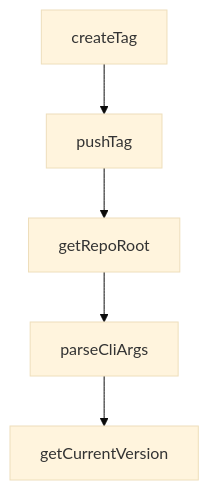
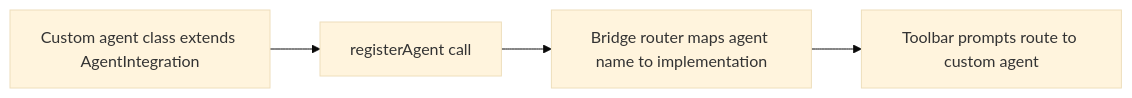
One commit to johnxie/awesome-code-docs changed the diagram in tutorials/stagewise-tutorial/06-custom-agent-integrations-with-agent-interface.md. Above: the diagram before and after it, drawn with Mermaid (base theme). The commit also changed other lines of this file and 1232 other files, not shown here.

````diff
--- a/tutorials/stagewise-tutorial/06-custom-agent-integrations-with-agent-interface.md
+++ b/tutorials/stagewise-tutorial/06-custom-agent-integrations-with-agent-interface.md
@@ -171,12 +65,6 @@
 ```mermaid
-flowchart TD
-    A[createTag]
-    B[pushTag]
-    C[getRepoRoot]
-    D[parseCliArgs]
-    E[getCurrentVersion]
-    A --> B
-    B --> C
-    C --> D
-    D --> E
+flowchart LR
+    A[Custom agent class extends AgentIntegration] --> B[registerAgent call]
+    B --> C[Bridge router maps agent name to implementation]
+    C --> D[Toolbar prompts route to custom agent]
 ```
````
